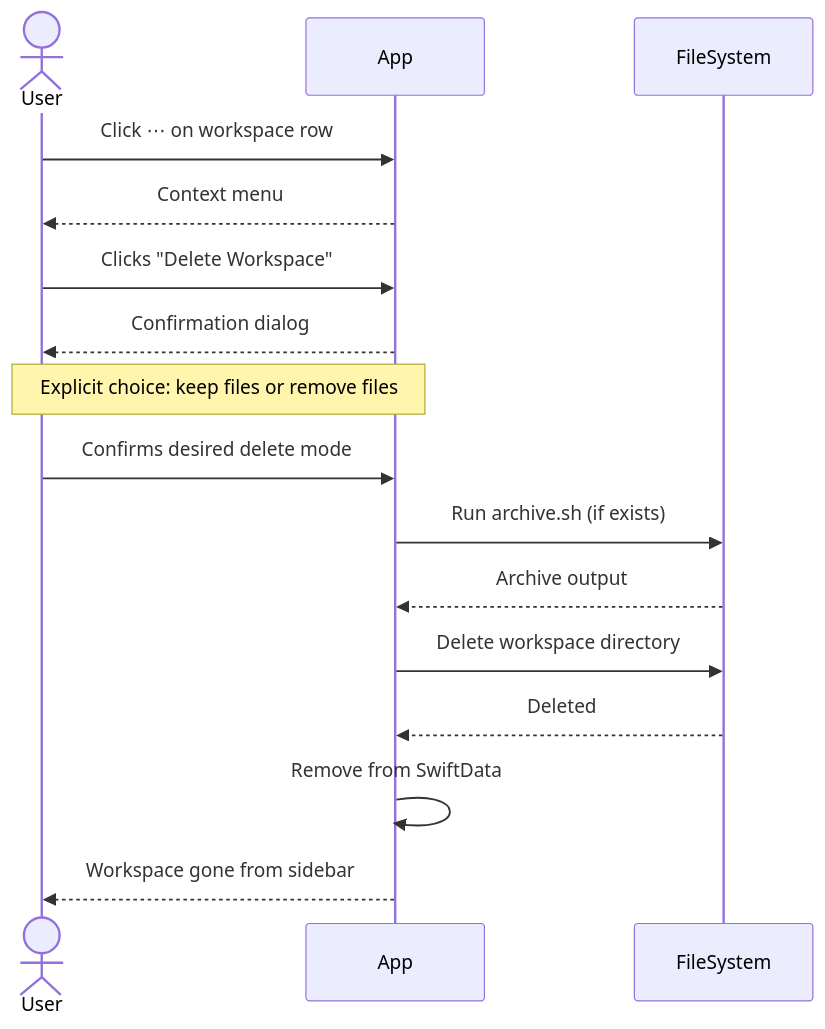
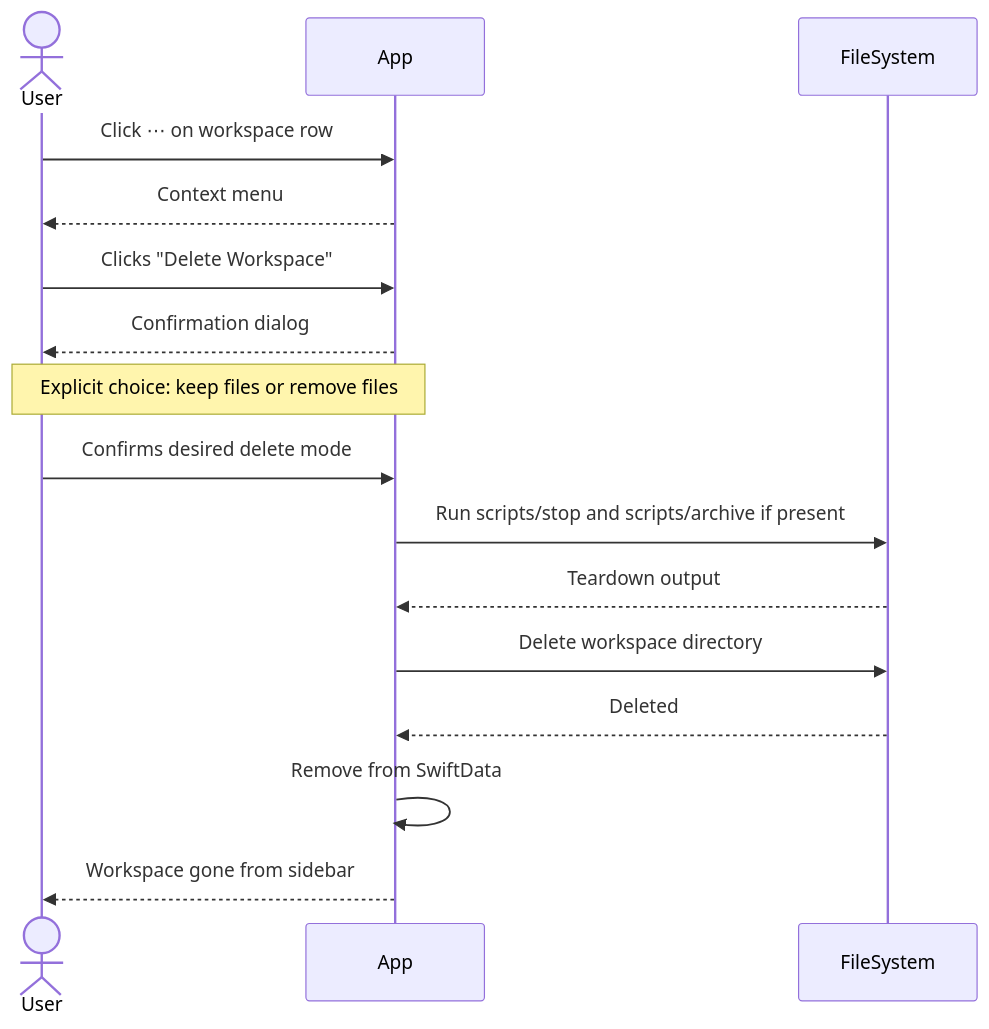
Before and after one commit to fairchild/workspaces: the fourth of 7 diagrams in docs/user-stories.md, drawn with Mermaid. The commit also changed other lines of this file and 8 other files, not shown here.

Commit message:
Run project lifecycle scripts for local workspaces

````diff
--- a/docs/user-stories.md
+++ b/docs/user-stories.md
@@ -213,19 +213,19 @@
 ```mermaid
 sequenceDiagram
     actor User
     participant App
     participant FS as FileSystem
 
     User->>App: Click ⋯ on workspace row
     App-->>User: Context menu
     User->>App: Clicks "Delete Workspace"
     App-->>User: Confirmation dialog
     Note over User,App: Explicit choice: keep files or remove files
     User->>App: Confirms desired delete mode
-    App->>FS: Run archive.sh (if exists)
-    FS-->>App: Archive output
+    App->>FS: Run scripts/stop and scripts/archive if present
+    FS-->>App: Teardown output
     App->>FS: Delete workspace directory
     FS-->>App: Deleted
     App->>App: Remove from SwiftData
     App-->>User: Workspace gone from sidebar
 ```
````
